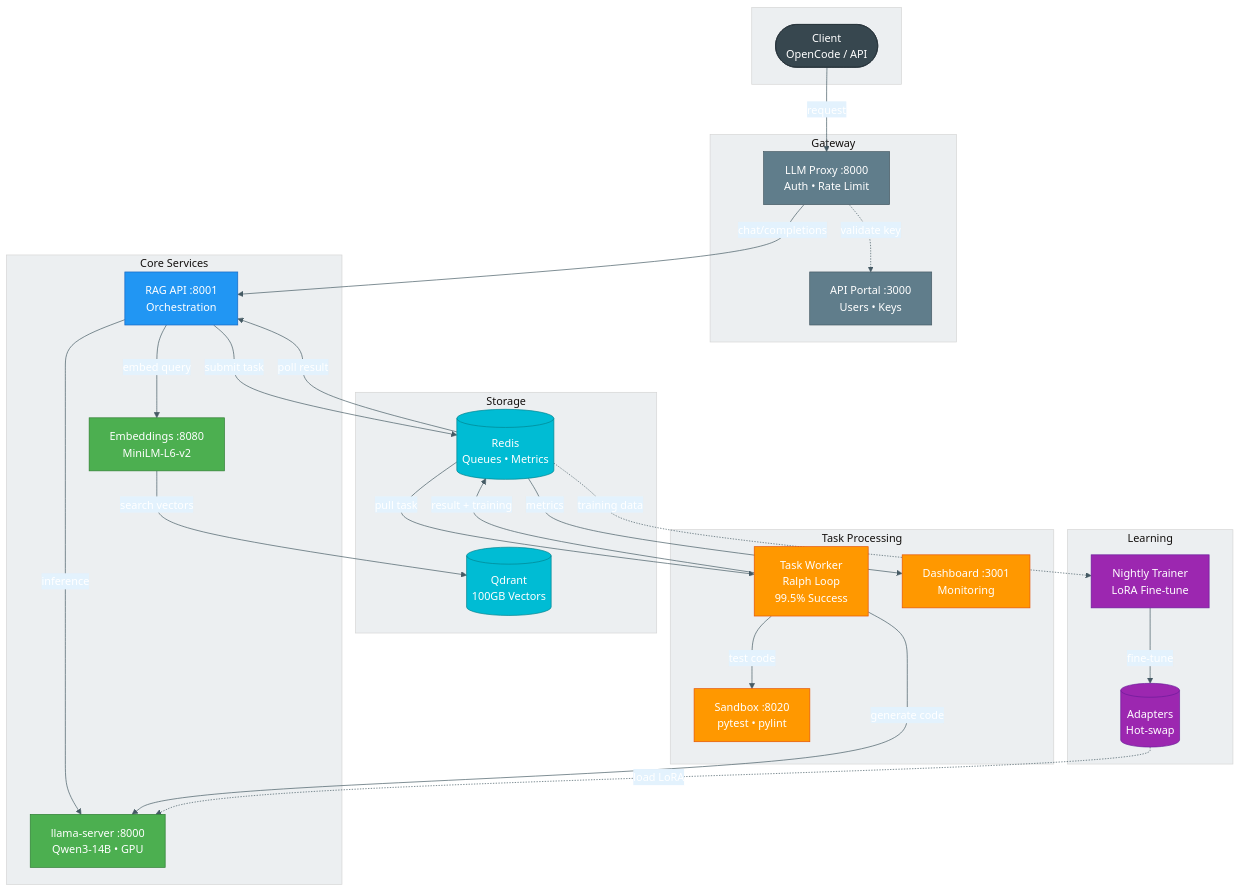
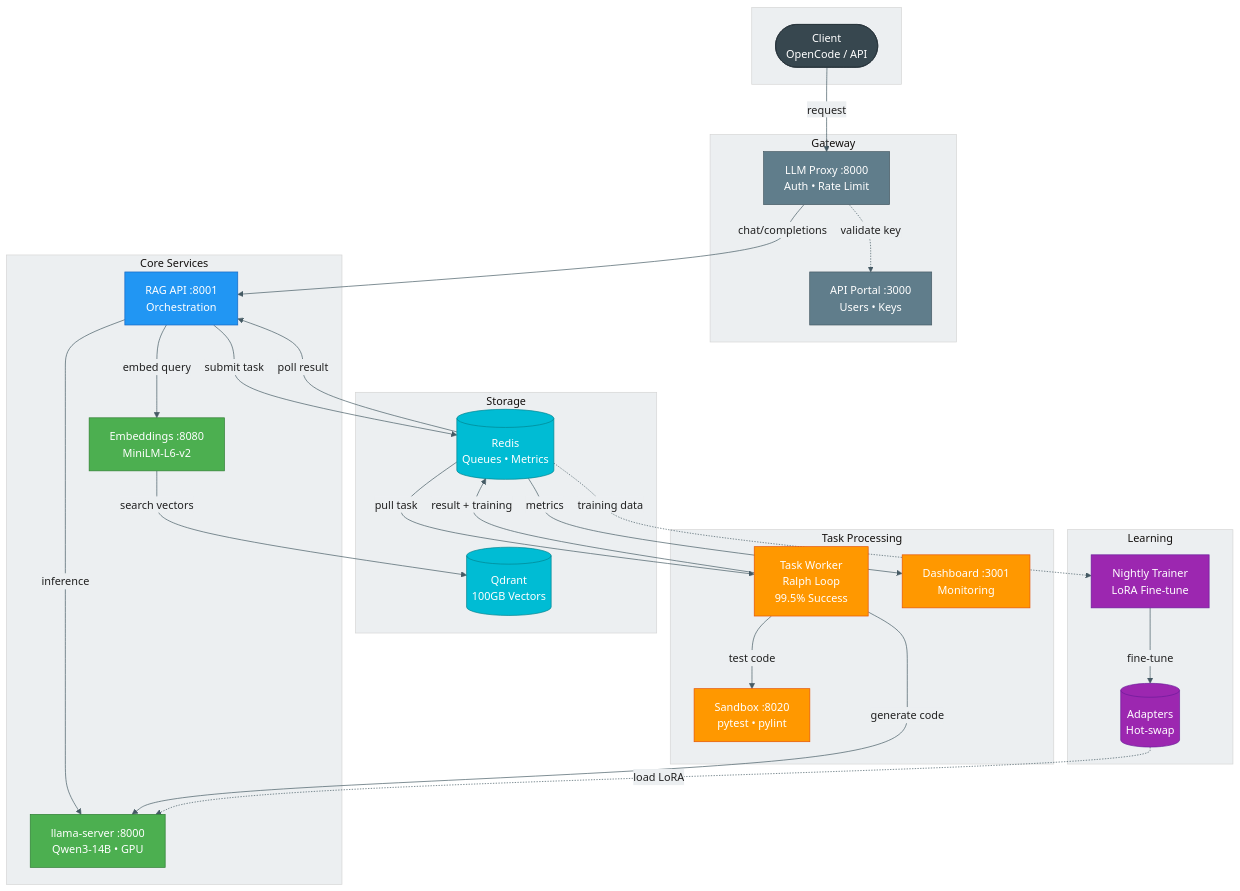
One commit to itigges22/ATLAS changed the diagram in README.md. Above: the diagram before and after it, drawn with Mermaid. The commit also changed 1 other file, not shown here.

Commit message:
docs: Architecture Diagrams with improved WACG readability on both README.md and docs/architecture-diagram.md

````diff
--- a/README.md
+++ b/README.md
@@ -38,59 +38,59 @@
 ```mermaid
-%%{init: {'theme': 'base', 'themeVariables': { 'primaryColor': '#2196F3', 'primaryTextColor': '#fff', 'primaryBorderColor': '#1565C0', 'lineColor': '#455A64', 'secondaryColor': '#E3F2FD', 'tertiaryColor': '#ECEFF1'}}}%%
+%%{init: {'theme': 'base', 'themeVariables': { 'primaryColor': '#2196F3', 'primaryTextColor': '#212121', 'primaryBorderColor': '#1565C0', 'lineColor': '#455A64', 'secondaryColor': '#E3F2FD', 'tertiaryColor': '#ECEFF1', 'edgeLabelBackground': '#ECEFF1'}}}%%
 flowchart TB
     subgraph external[" "]
         client(["Client<br/>OpenCode / API"])
     end
     subgraph gateway["Gateway"]
         proxy["LLM Proxy :8000<br/>Auth • Rate Limit"]
         portal["API Portal :3000<br/>Users • Keys"]
     end
     subgraph core["Core Services"]
         rag["RAG API :8001<br/>Orchestration"]
         llama["llama-server :8000<br/>Qwen3-14B • GPU"]
         embed["Embeddings :8080<br/>MiniLM-L6-v2"]
     end
     subgraph data["Storage"]
         qdrant[("Qdrant<br/>100GB Vectors")]
         redis[("Redis<br/>Queues • Metrics")]
     end
     subgraph atlas["Task Processing"]
         worker["Task Worker<br/>Ralph Loop<br/>99.5% Success"]
         sandbox["Sandbox :8020<br/>pytest • pylint"]
         dash["Dashboard :3001<br/>Monitoring"]
     end
     subgraph learn["Learning"]
         trainer["Nightly Trainer<br/>LoRA Fine-tune"]
         lora[("Adapters<br/>Hot-swap")]
     end
     client -->|"request"| proxy
     proxy -.->|"validate key"| portal
     proxy -->|"chat/completions"| rag
     rag -->|"inference"| llama
     rag -->|"embed query"| embed
     embed -->|"search vectors"| qdrant
     rag -->|"submit task"| redis
     redis -->|"poll result"| rag
     redis -->|"pull task"| worker
     worker -->|"test code"| sandbox
     worker -->|"generate code"| llama
     worker -->|"result + training"| redis
     redis -->|"metrics"| dash
     redis -.->|"training data"| trainer
     trainer -->|"fine-tune"| lora
     lora -.->|"load LoRA"| llama
     classDef client fill:#37474F,stroke:#263238,color:#fff
     classDef gateway fill:#607D8B,stroke:#455A64,color:#fff
     classDef core fill:#2196F3,stroke:#1565C0,color:#fff
     classDef gpu fill:#4CAF50,stroke:#2E7D32,color:#fff
     classDef storage fill:#00BCD4,stroke:#00838F,color:#fff
     classDef process fill:#FF9800,stroke:#E65100,color:#fff
     classDef learn fill:#9C27B0,stroke:#6A1B9A,color:#fff
     class client client
     class proxy,portal gateway
     class rag core
     class llama,embed gpu
     class qdrant,redis storage
     class worker,sandbox,dash process
     class trainer,lora learn
 ```
````
